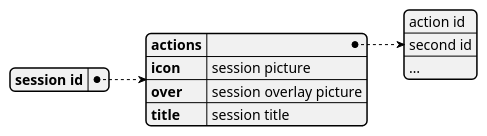
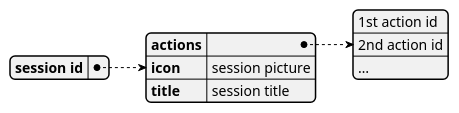
Before and after one commit to MARTIMM/SessionManager: the fourth of 7 diagrams in doc/session-manager.md, drawn with PlantUML. The commit also changed other lines of this file, not shown here.

````diff
--- a/doc/session-manager.md
+++ b/doc/session-manager.md
@@ -182,12 +188,12 @@
 ```plantuml
 @startyaml
 session id: 
   actions: 
-    - action id
-    - second id
+    - 1st action id
+    - 2nd action id
     - …
   icon: session picture
-  over: session overlay picture
+  'over: session overlay picture
   title: session title
 @endyaml
 ```
````
